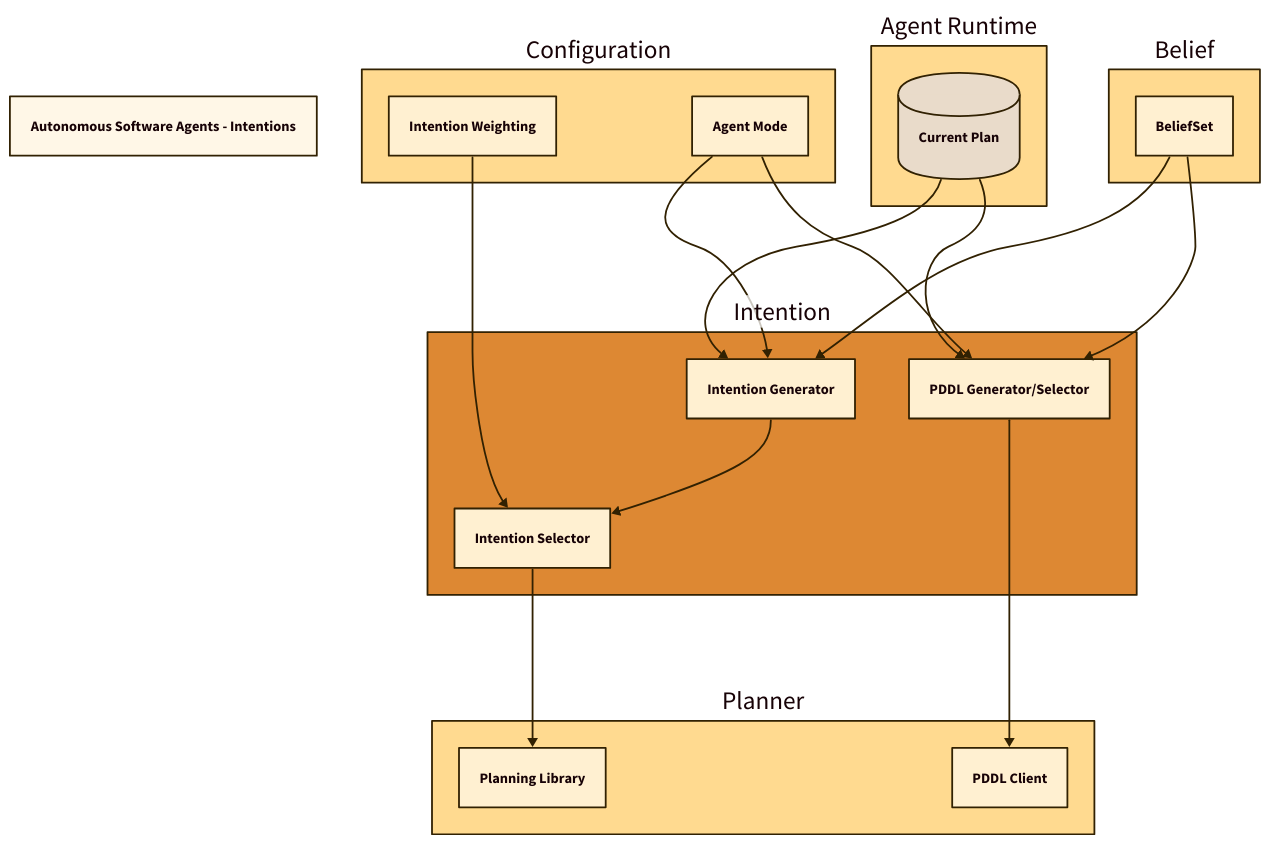
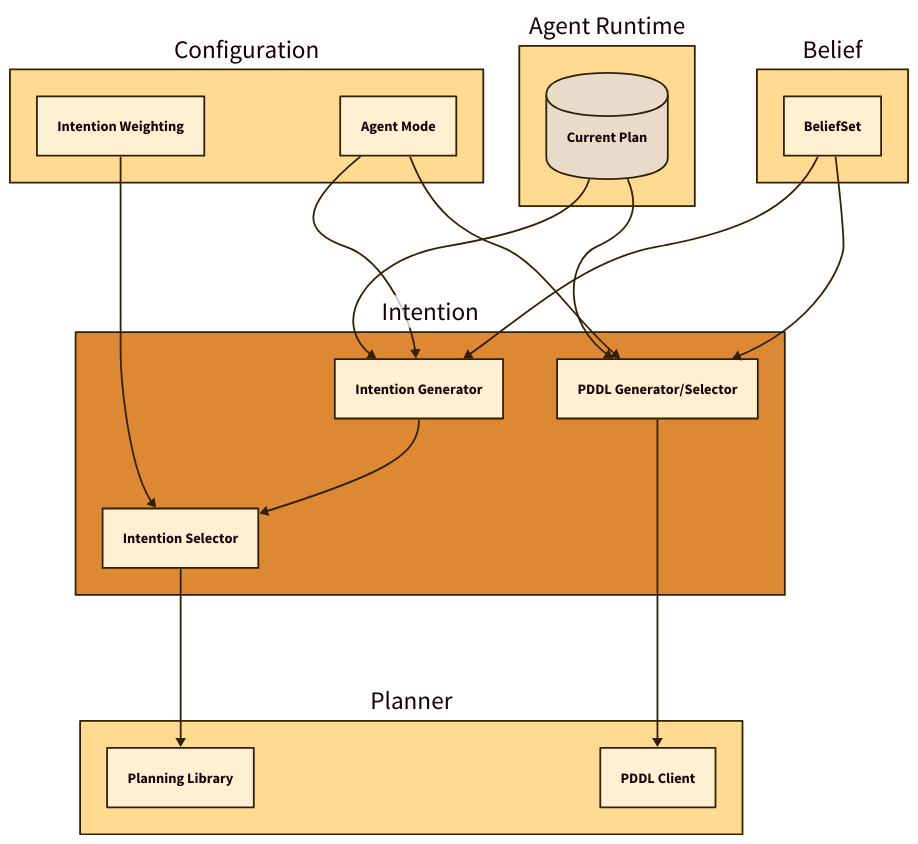
The diagram in presentation/diagrams/intentions.d2 (LuigiMiazzo17/unitn-autonomusSoftwareAgents), drawn with D2 before and after one commit. The commit also changed 8 other files, not shown here. The source asks for the TALA layout; these drawings use dagre instead.

Commit message:
doc: remove titles from diagrams

```diff
--- a/presentation/diagrams/intentions.d2
+++ b/presentation/diagrams/intentions.d2
@@ -1,72 +1,70 @@
-title: "Autonomous Software Agents - Intentions"
-
 vars: {
   d2-config: {
     layout-engine: tala
     theme-id: 105
   }
 }
 
 beliefs: {
   label: "Belief"
   state: {
     label: "BeliefSet"
   }
 }
 
 agentRuntime: {
   label: "Agent Runtime"
   plan: {
     label: "Current Plan"
     shape: cylinder
   }
 }
 
 intention: {
   label: "Intention"
   style: {
     fill: "#dd8833"
   }
   generator: {
     label: "Intention Generator"
   }
   selector: {
     label: "Intention Selector"
   }
   pddl: {
     label: "PDDL Generator/Selector"
   }
 }
 
 planner: {
   label: "Planner"
   lib: {
     label: "Planning Library"
   }
   pddl: {
     label: "PDDL Client"
   }
 }
 
 configuration: {
   label: "Configuration"
   mode: {
     label: "Agent Mode"
   }
   intentionWeighting: {
     label: "Intention Weighting"
   }
 }
 
 beliefs.state -> intention.pddl
 
 configuration.mode -> intention.pddl
 intention.pddl -> planner.pddl
 beliefs.state -> intention.generator
 configuration.mode -> intention.generator
 intention.generator -> intention.selector
 configuration.intentionWeighting -> intention.selector
 
 intention.selector -> planner.lib
 agentRuntime.plan -> intention.generator
 agentRuntime.plan -> intention.pddl
```
